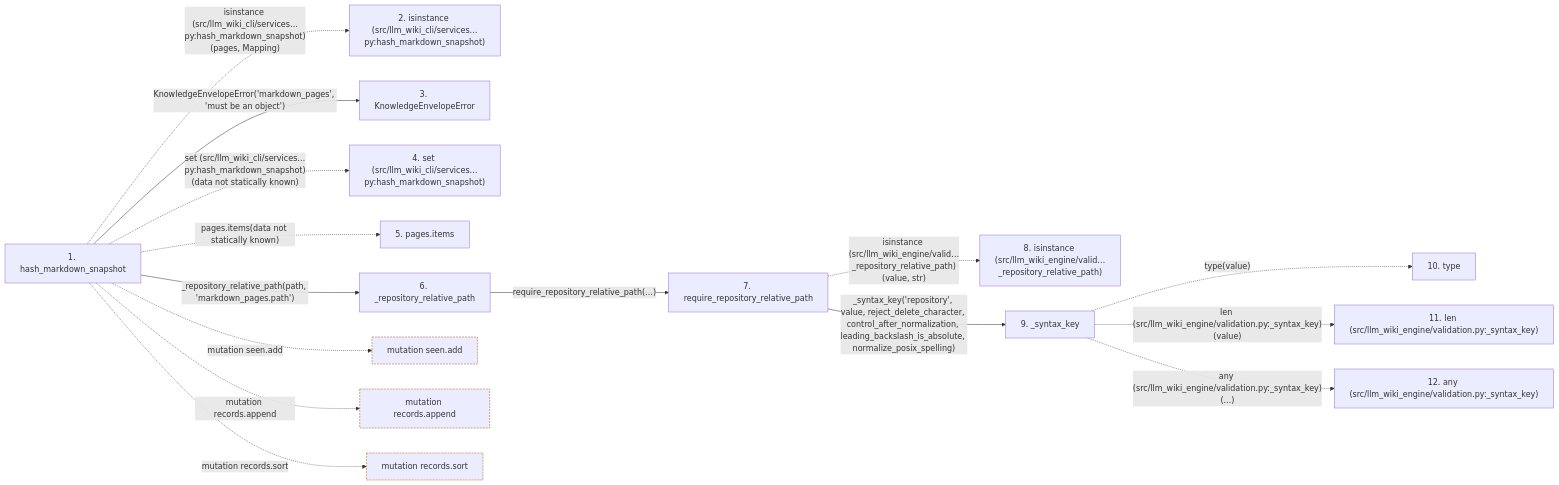
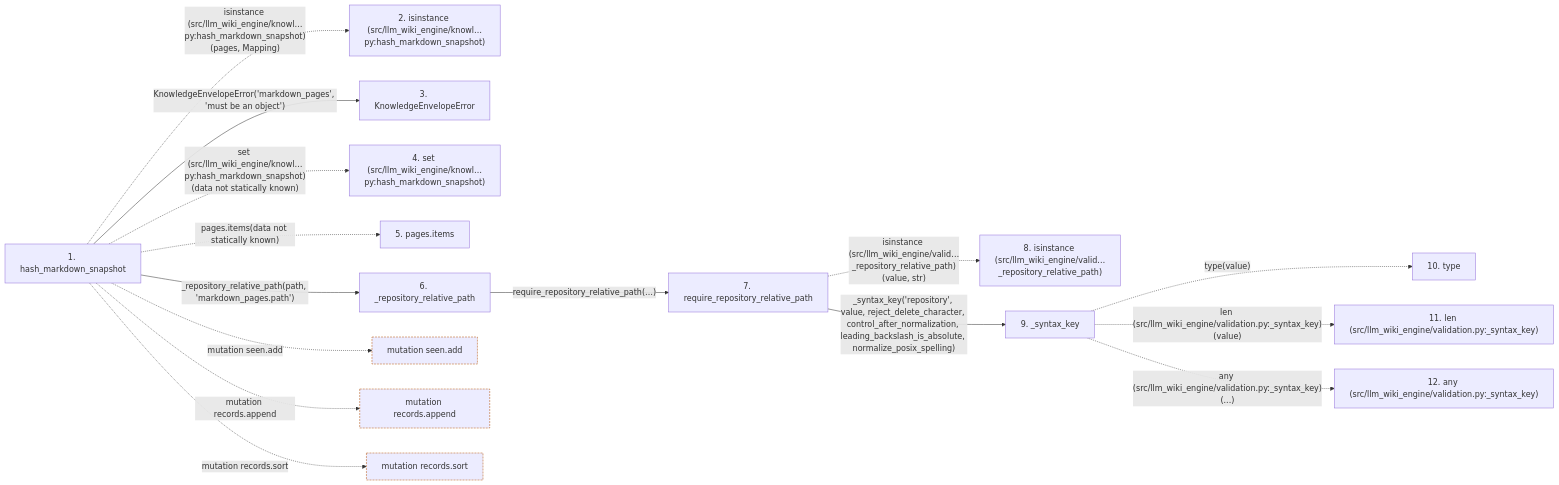
The second of 2 diagrams in docs/llm_wiki/flows/api-hash_markdown_snapshot.md (Denissvgn/python-wiki-llm), drawn with Mermaid before and after one commit. The commit also changed other lines of this file and 1058 other files, not shown here.

````diff
--- a/docs/llm_wiki/flows/api-hash_markdown_snapshot.md
+++ b/docs/llm_wiki/flows/api-hash_markdown_snapshot.md
@@ -127,41 +127,41 @@
 ```mermaid
 flowchart LR
     s1["1. hash_markdown_snapshot"]
-    s2["2. isinstance (src/llm_wiki_cli/services…py:hash_markdown_snapshot)"]
+    s2["2. isinstance (src/llm_wiki_engine/knowl…py:hash_markdown_snapshot)"]
     s3["3. KnowledgeEnvelopeError"]
-    s4["4. set (src/llm_wiki_cli/services…py:hash_markdown_snapshot)"]
+    s4["4. set (src/llm_wiki_engine/knowl…py:hash_markdown_snapshot)"]
     s5["5. pages.items"]
     s6["6. _repository_relative_path"]
     s7["7. require_repository_relative_path"]
     s8["8. isinstance (src/llm_wiki_engine/valid…_repository_relative_path)"]
     s9["9. _syntax_key"]
     s10["10. type"]
     s11["11. len (src/llm_wiki_engine/validation.py:_syntax_key)"]
     s12["12. any (src/llm_wiki_engine/validation.py:_syntax_key)"]
-    s1 -. "isinstance (src/llm_wiki_cli/services…py:hash_markdown_snapshot)(pages, Mapping)" .-> s2
+    s1 -. "isinstance (src/llm_wiki_engine/knowl…py:hash_markdown_snapshot)(pages, Mapping)" .-> s2
     s1 -->|"KnowledgeEnvelopeError('markdown_pages', 'must be an object')"| s3
-    s1 -. "set (src/llm_wiki_cli/services…py:hash_markdown_snapshot)(data not statically known)" .-> s4
+    s1 -. "set (src/llm_wiki_engine/knowl…py:hash_markdown_snapshot)(data not statically known)" .-> s4
     s1 -. "pages.items(data not statically known)" .-> s5
     s1 -->|"_repository_relative_path(path, 'markdown_pages.path')"| s6
     s6 -->|"require_repository_relative_path(…)"| s7
     s7 -. "isinstance (src/llm_wiki_engine/valid…_repository_relative_path)(value, str)" .-> s8
     s7 -->|"_syntax_key('repository', value, reject_delete_character, control_after_normalization, leading_backslash_is_absolute, normalize_posix_spelling)"| s9
     s9 -. "type(value)" .-> s10
     s9 -. "len (src/llm_wiki_engine/validation.py:_syntax_key)(value)" .-> s11
     s9 -. "any (src/llm_wiki_engine/validation.py:_syntax_key)(...)" .-> s12
     b0["mutation seen.add"]
     s1 -. "mutation seen.add" .-> b0
     b1["mutation records.append"]
     s1 -. "mutation records.append" .-> b1
     b2["mutation records.sort"]
     s1 -. "mutation records.sort" .-> b2
     click s1 "../modules/knowledge_envelope.md"
     click s3 "../modules/knowledge_envelope.md"
     click s6 "../modules/knowledge_envelope.md"
     click s7 "../modules/validation.md"
     click s9 "../modules/validation.md"
     classDef boundary stroke:#b45309,stroke-dasharray: 4 2
     class b0 boundary
     class b1 boundary
     class b2 boundary
 ```
````
